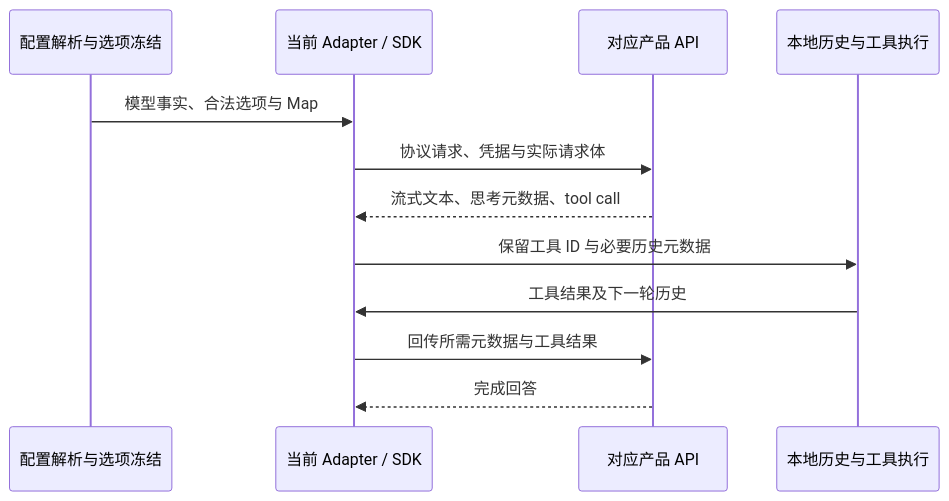
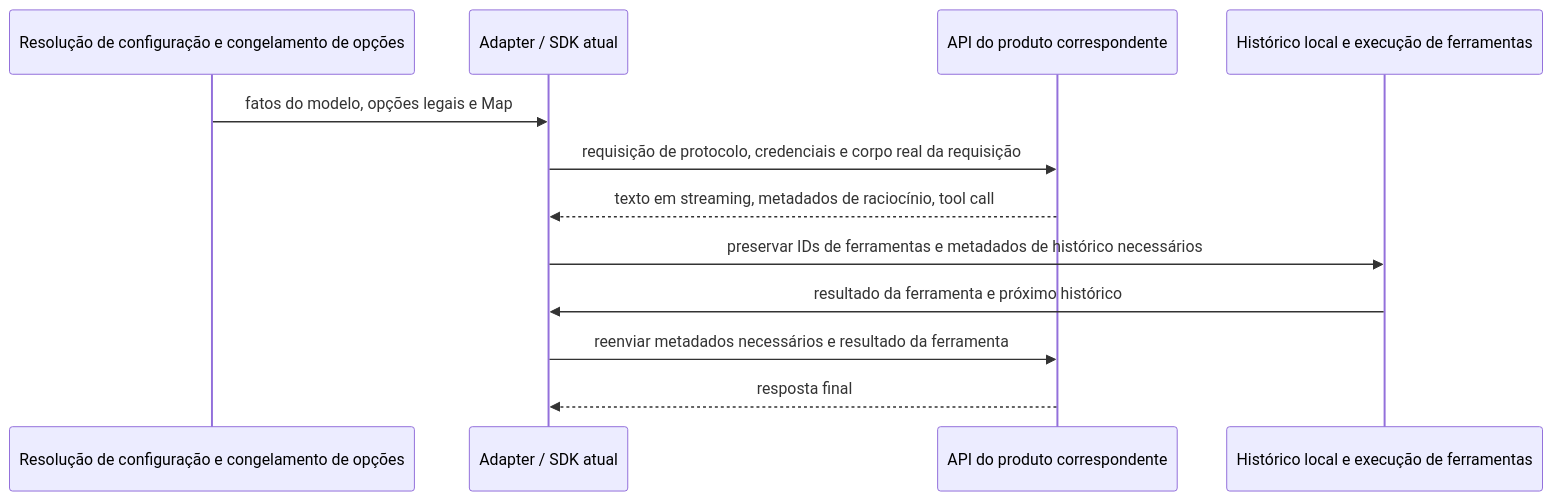
The diagram in docs/builtin-provider-maintenance/expansion-plan.md (JoaoNetoDev/BR-Code), drawn with Mermaid before and after one commit. The commit also changed other lines of this file and 177 other files, not shown here.

````diff
--- a/docs/builtin-provider-maintenance/expansion-plan.md
+++ b/docs/builtin-provider-maintenance/expansion-plan.md
@@ -149,14 +149,14 @@
 ```mermaid
 sequenceDiagram
-    participant C as 配置解析与选项冻结
-    participant A as 当前 Adapter / SDK
-    participant P as 对应产品 API
-    participant H as 本地历史与工具执行
-    C->>A: 模型事实、合法选项与 Map
-    A->>P: 协议请求、凭据与实际请求体
-    P-->>A: 流式文本、思考元数据、tool call
-    A->>H: 保留工具 ID 与必要历史元数据
-    H->>A: 工具结果及下一轮历史
-    A->>P: 回传所需元数据与工具结果
-    P-->>A: 完成回答
+    participant C as Resolução de configuração e congelamento de opções
+    participant A as Adapter / SDK atual
+    participant P as API do produto correspondente
+    participant H as Histórico local e execução de ferramentas
+    C->>A: fatos do modelo, opções legais e Map
+    A->>P: requisição de protocolo, credenciais e corpo real da requisição
+    P-->>A: texto em streaming, metadados de raciocínio, tool call
+    A->>H: preservar IDs de ferramentas e metadados de histórico necessários
+    H->>A: resultado da ferramenta e próximo histórico
+    A->>P: reenviar metadados necessários e resultado da ferramenta
+    P-->>A: resposta final
 ```
````
